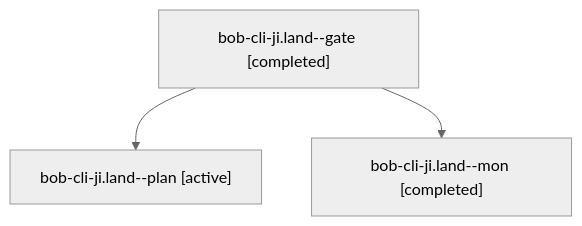
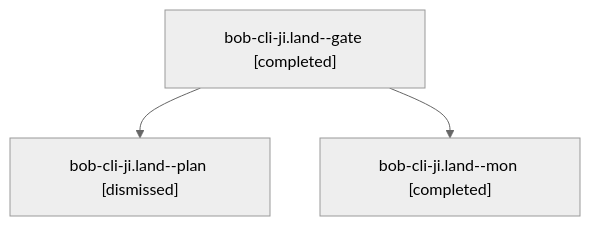
The diagram in sessions/bbugyi200.apollo.bob-cli-ji.land.md (bobs-org/bob-cli--agents), drawn with Mermaid (neutral theme) before and after one commit. The commit also changed other lines of this file and 131 other files, not shown here.

````diff
--- a/sessions/bbugyi200.apollo.bob-cli-ji.land.md
+++ b/sessions/bbugyi200.apollo.bob-cli-ji.land.md
@@ -9,8 +9,8 @@
 ```mermaid
 flowchart TD
   n0["bob-cli-ji.land--gate [completed]"]
-  n1["bob-cli-ji.land--plan [active]"]
+  n1["bob-cli-ji.land--plan [dismissed]"]
   n0 --> n1
   n2["bob-cli-ji.land--mon [completed]"]
   n0 --> n2
 ```
````
